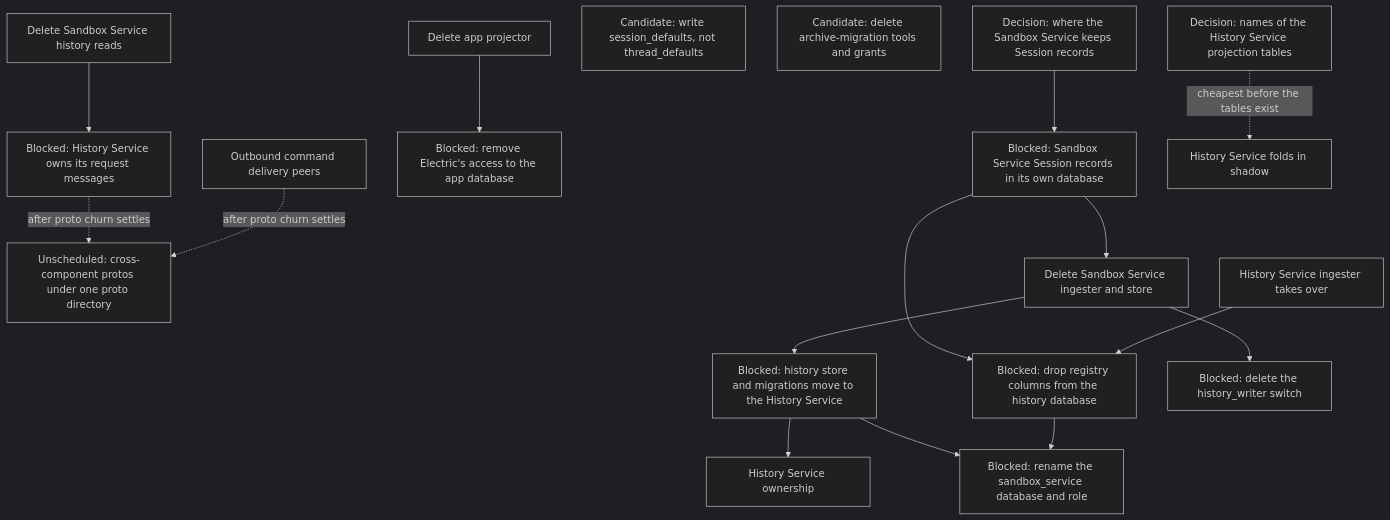
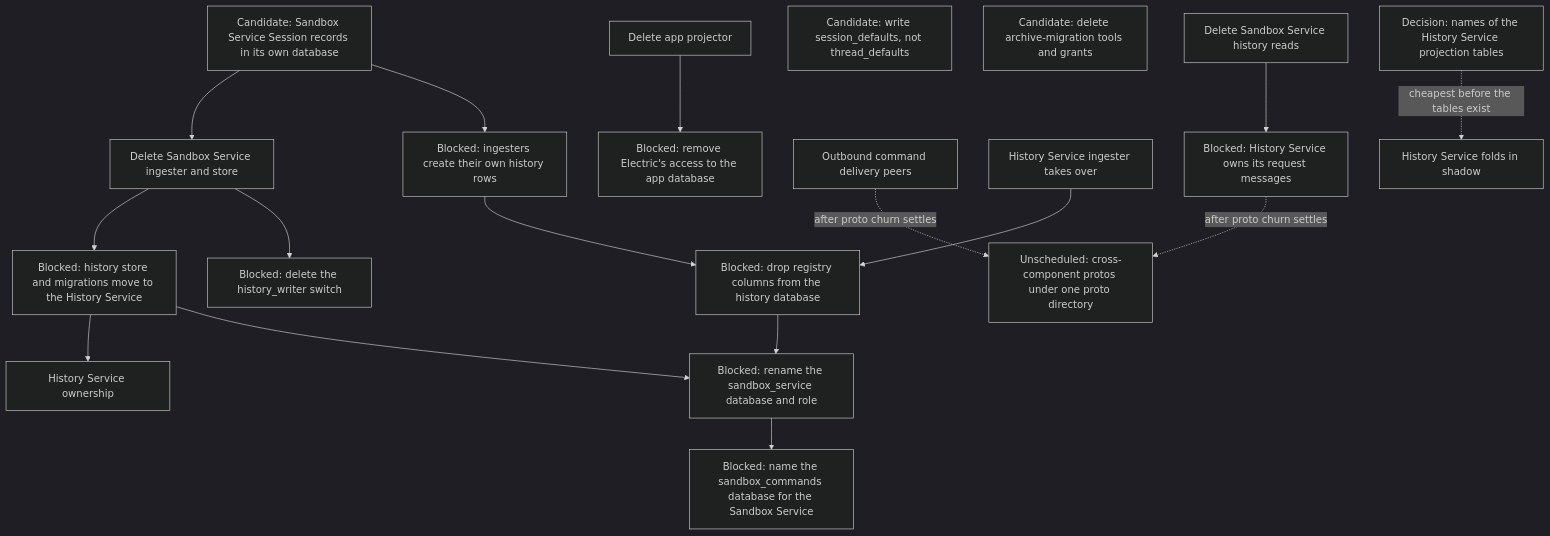
One commit to agentydragon-agent/ducktape changed the tenth of 10 diagrams in agentplane/plans/task_dag.md. Above: the diagram before and after it, drawn with Mermaid (dark theme). The commit also changed other lines of this file, not shown here.

First line of the commit message:
agentplane: plan the Session registry move into the Sandbox Service's database (#9777)

````diff
--- a/agentplane/plans/task_dag.md
+++ b/agentplane/plans/task_dag.md
@@ -963,36 +963,38 @@
 ```mermaid
 flowchart TD
-    SESSION_REGISTRY_PLACEMENT[Decision: where the Sandbox Service keeps Session records]
-    SESSION_REGISTRY_MOVE[Blocked: Sandbox Service Session records in its own database]
+    SESSION_REGISTRY_MOVE[Candidate: Sandbox Service Session records in its own database]
+    SESSION_HISTORY_ROW_FROM_FEED[Blocked: ingesters create their own history rows]
     HISTORY_SESSION_COLUMNS_DROP[Blocked: drop registry columns from the history database]
     HISTORY_STORE_MOVE[Blocked: history store and migrations move to the History Service]
     HISTORY_WRITER_SWITCH_RETIRE[Blocked: delete the history_writer switch]
     HISTORY_DATABASE_RENAME[Blocked: rename the sandbox_service database and role]
+    SANDBOX_DATABASE_RENAME[Blocked: name the sandbox_commands database for the Sandbox Service]
     HISTORY_PROTO_OWNERSHIP[Blocked: History Service owns its request messages]
     HISTORY_PROJECTION_NAMING[Decision: names of the History Service projection tables]
     APP_ELECTRIC_RETIRE[Blocked: remove Electric's access to the app database]
     SANDBOX_BINDING_ANNOTATION_RENAME[Candidate: write session_defaults, not thread_defaults]
     MIGRATION_TOOLING_RETIRE[Candidate: delete archive-migration tools and grants]
     PROTO_DIRECTORY[Unscheduled: cross-component protos under one proto directory]
     RUNNER_OUTBOUND_CHANNEL[Outbound command delivery peers]
     HISTORY_WRITE_HANDOFF[History Service ingester takes over]
     SANDBOX_HISTORY_READS_RETIRE[Delete Sandbox Service history reads]
     SANDBOX_LOCAL_HISTORY_RETIRE[Delete Sandbox Service ingester and store]
     FOLD_SHADOW[History Service folds in shadow]
     APP_PROJECTOR_RETIRE[Delete app projector]
     HISTORY_SERVICE_OWNERSHIP[History Service ownership]
-    SESSION_REGISTRY_PLACEMENT --> SESSION_REGISTRY_MOVE
     SESSION_REGISTRY_MOVE --> SANDBOX_LOCAL_HISTORY_RETIRE
-    SESSION_REGISTRY_MOVE --> HISTORY_SESSION_COLUMNS_DROP
+    SESSION_REGISTRY_MOVE --> SESSION_HISTORY_ROW_FROM_FEED
+    SESSION_HISTORY_ROW_FROM_FEED --> HISTORY_SESSION_COLUMNS_DROP
     HISTORY_WRITE_HANDOFF --> HISTORY_SESSION_COLUMNS_DROP
     SANDBOX_LOCAL_HISTORY_RETIRE --> HISTORY_STORE_MOVE
     SANDBOX_LOCAL_HISTORY_RETIRE --> HISTORY_WRITER_SWITCH_RETIRE
     HISTORY_STORE_MOVE --> HISTORY_SERVICE_OWNERSHIP
     HISTORY_STORE_MOVE --> HISTORY_DATABASE_RENAME
     HISTORY_SESSION_COLUMNS_DROP --> HISTORY_DATABASE_RENAME
+    HISTORY_DATABASE_RENAME --> SANDBOX_DATABASE_RENAME
     SANDBOX_HISTORY_READS_RETIRE --> HISTORY_PROTO_OWNERSHIP
     HISTORY_PROJECTION_NAMING -. cheapest before the tables exist .-> FOLD_SHADOW
     APP_PROJECTOR_RETIRE --> APP_ELECTRIC_RETIRE
     HISTORY_PROTO_OWNERSHIP -. after proto churn settles .-> PROTO_DIRECTORY
     RUNNER_OUTBOUND_CHANNEL -. after proto churn settles .-> PROTO_DIRECTORY
 ```
````
